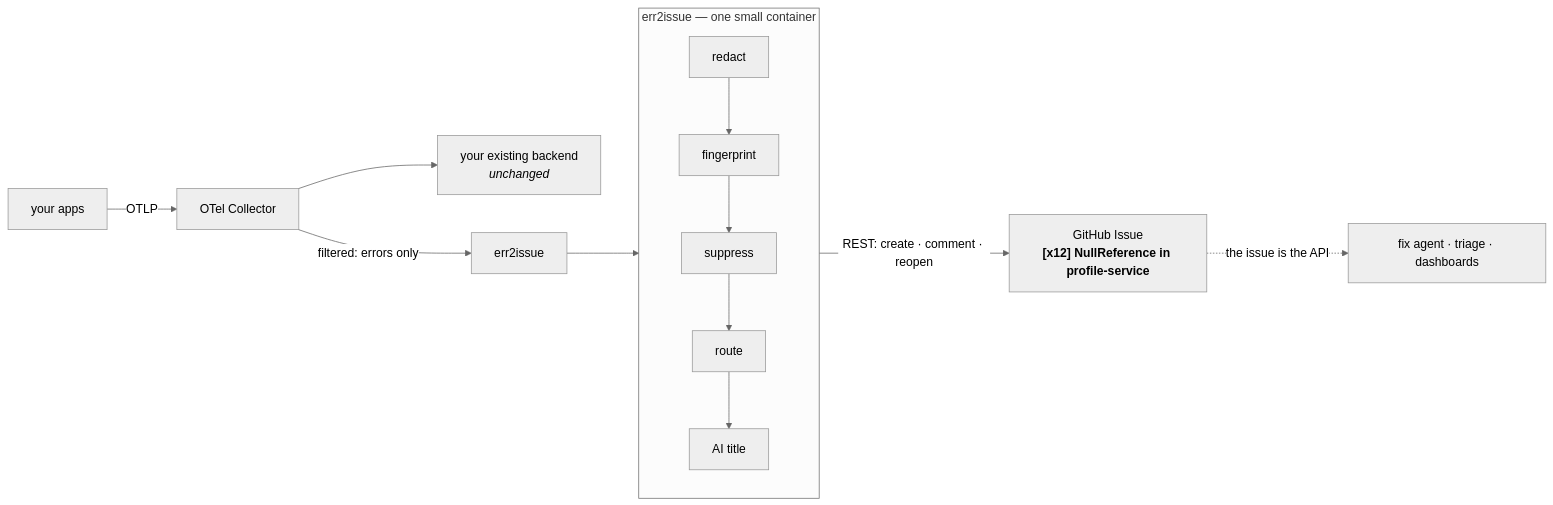
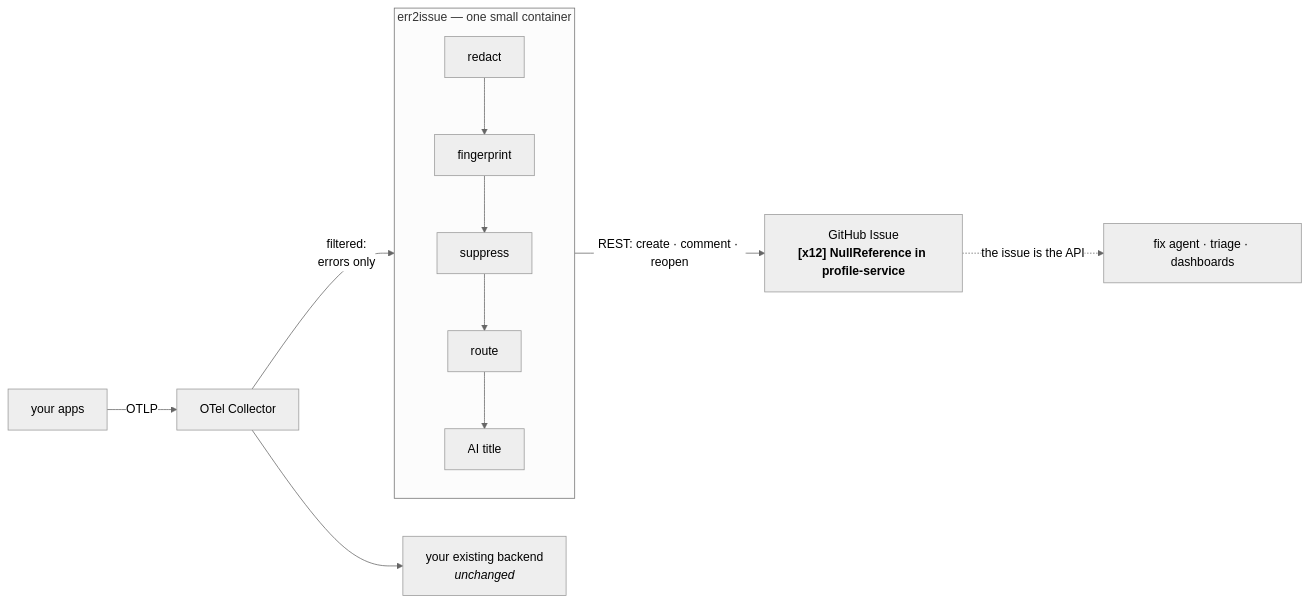
One commit to matthiasbigl/err2issue changed the first of 2 diagrams in README.md. Above: the diagram before and after it, drawn with Mermaid (neutral theme). The commit also changed other lines of this file and 9 other files, not shown here.

````diff
--- a/README.md
+++ b/README.md
@@ -19,15 +19,14 @@
 ```mermaid
 flowchart LR
     A["your apps"] -->|OTLP| C["OTel Collector"]
     C --> B["your existing backend<br/><i>unchanged</i>"]
-    C -->|"filtered: errors only"| E["err2issue"]
 
     subgraph E2I ["err2issue — one small container"]
         direction TB
         R["redact"] --> F["fingerprint"] --> S["suppress"] --> RT["route"] --> AI["AI title"]
     end
 
-    E --> E2I
-    E2I -->|"REST: create · comment · reopen"| G["GitHub Issue<br/><b>[x12] NullReference in profile-service</b>"]
+    C -->|"filtered:<br/>errors only"| R
+    AI -->|"REST: create · comment · reopen"| G["GitHub Issue<br/><b>[x12] NullReference in profile-service</b>"]
     G -.->|"the issue is the API"| X["fix agent · triage · dashboards"]
 ```
````
